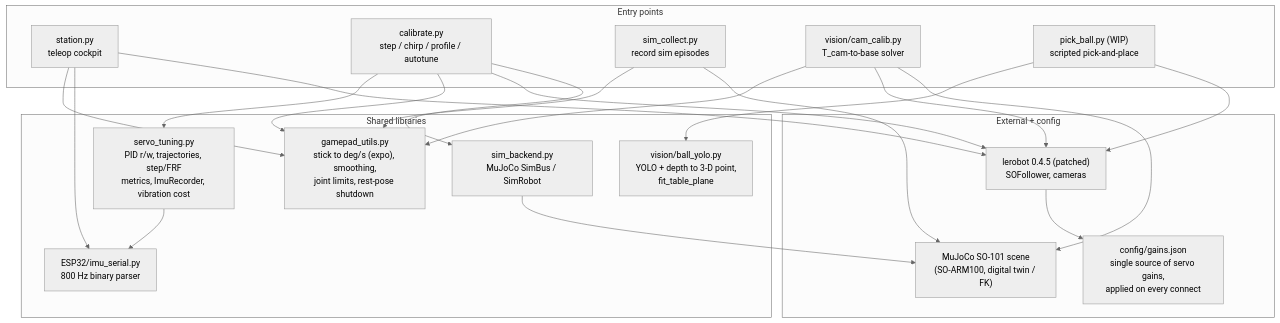
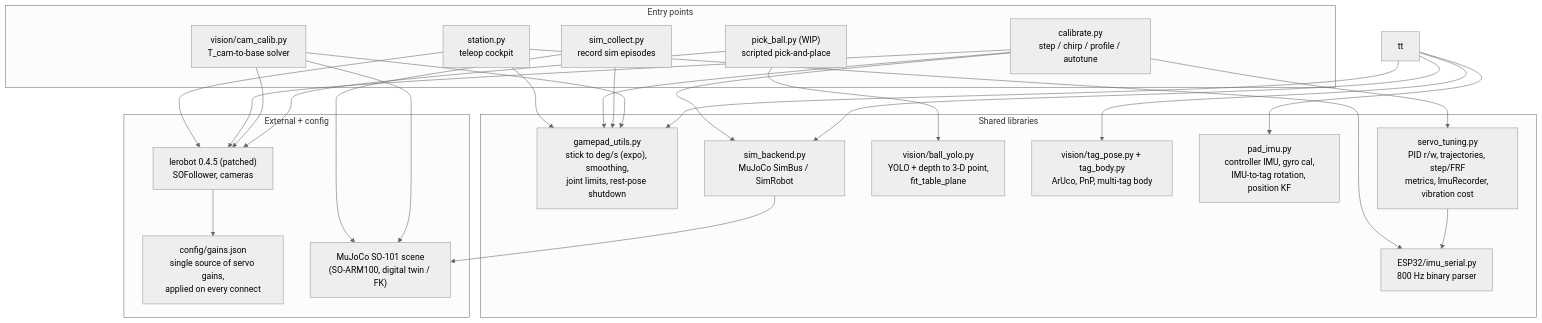
One commit to amiryanj/robot_bazoo changed the second of 2 diagrams in README.md. Above: the diagram before and after it, drawn with Mermaid (neutral theme). The commit also changed other lines of this file and 1 other file, not shown here.

````diff
--- a/README.md
+++ b/README.md
@@ -50,33 +98,36 @@
 ```mermaid
 flowchart TD
     subgraph entry["Entry points"]
         station["station.py<br/>teleop cockpit"]
         calibrate["calibrate.py<br/>step / chirp / profile / autotune"]
         simc["sim_collect.py<br/>record sim episodes"]
         he["vision/cam_calib.py<br/>T_cam-to-base solver"]
         pb["pick_ball.py (WIP)<br/>scripted pick-and-place"]
     end
 
     subgraph shared["Shared libraries"]
         gp["gamepad_utils.py<br/>stick to deg/s (expo), smoothing,<br/>joint limits, rest-pose shutdown"]
         stl["servo_tuning.py<br/>PID r/w, trajectories, step/FRF<br/>metrics, ImuRecorder, vibration cost"]
         imus["ESP32/imu_serial.py<br/>800 Hz binary parser"]
         vis["vision/ball_yolo.py<br/>YOLO + depth to 3-D point,<br/>fit_table_plane"]
+        tag["vision/tag_pose.py + tag_body.py<br/>ArUco, PnP, multi-tag body"]
+        pi["pad_imu.py<br/>controller IMU, gyro cal,<br/>IMU-to-tag rotation, position KF"]
         sb["sim_backend.py<br/>MuJoCo SimBus / SimRobot"]
     end
 
     subgraph extern["External + config"]
         lr["lerobot 0.4.5 (patched)<br/>SOFollower, cameras"]
         gj["config/gains.json<br/>single source of servo gains,<br/>applied on every connect"]
         mj["MuJoCo SO-101 scene<br/>(SO-ARM100, digital twin / FK)"]
     end
 
     station --> gp & imus & lr
     calibrate --> stl & gp & lr & sb
     simc --> gp & mj
     he --> gp & lr & mj
     pb --> vis & lr
+    tt --> tag & pi & gp & sb
     stl --> imus
     lr --> gj
     sb --> mj
 ```
````
